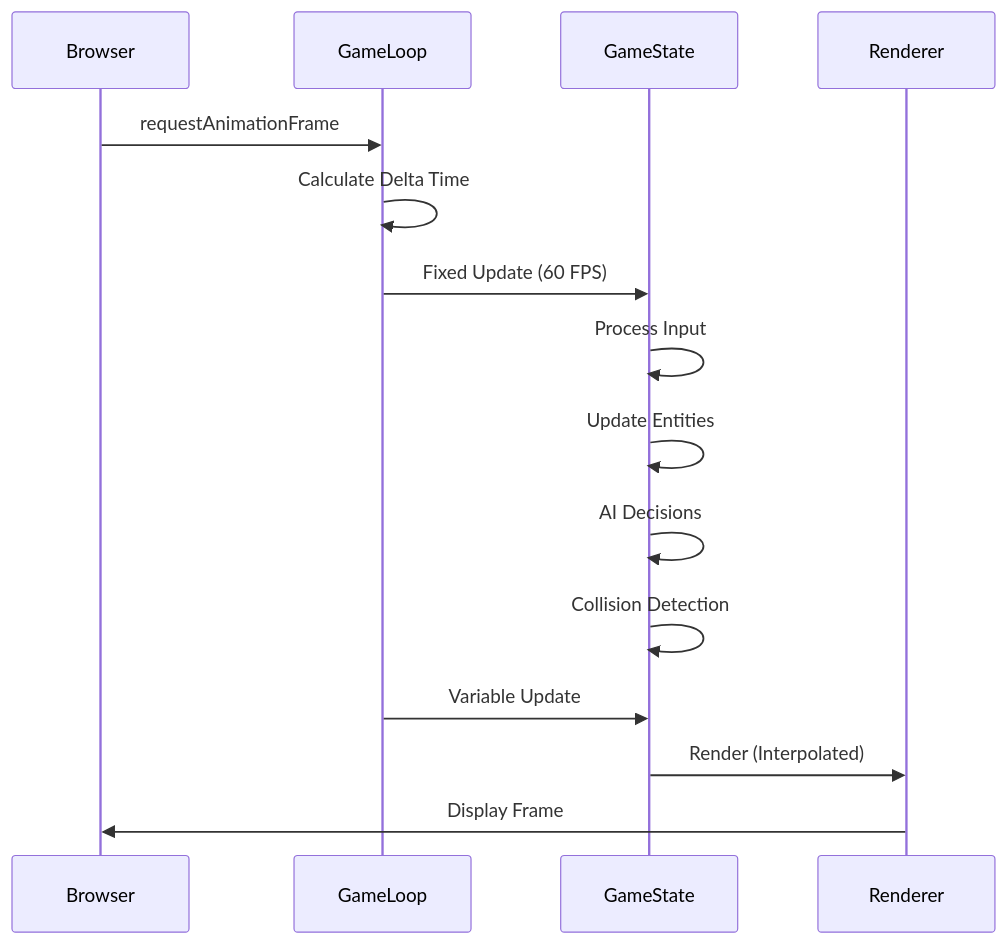
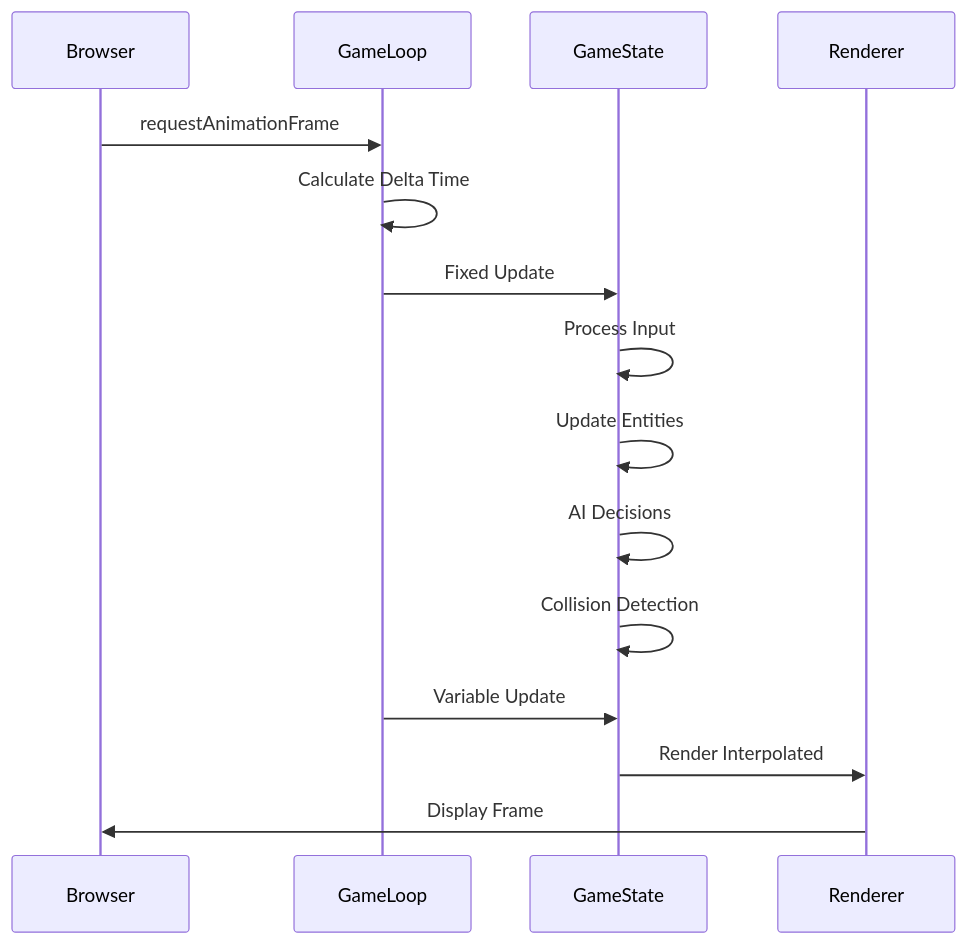
The fourth of 16 diagrams in README.md (lucylow/quaternion), drawn with Mermaid before and after one commit. The commit also changed other lines of this file and 3 other files, not shown here.

````diff
--- a/README.md
+++ b/README.md
@@ -368,18 +373,18 @@
 ```mermaid
 sequenceDiagram
     participant Browser
     participant GameLoop
     participant GameState
     participant Renderer
     
     Browser->>GameLoop: requestAnimationFrame
     GameLoop->>GameLoop: Calculate Delta Time
-    GameLoop->>GameState: Fixed Update (60 FPS)
+    GameLoop->>GameState: Fixed Update
     GameState->>GameState: Process Input
     GameState->>GameState: Update Entities
     GameState->>GameState: AI Decisions
     GameState->>GameState: Collision Detection
     GameLoop->>GameState: Variable Update
-    GameState->>Renderer: Render (Interpolated)
+    GameState->>Renderer: Render Interpolated
     Renderer->>Browser: Display Frame
 ```
````
